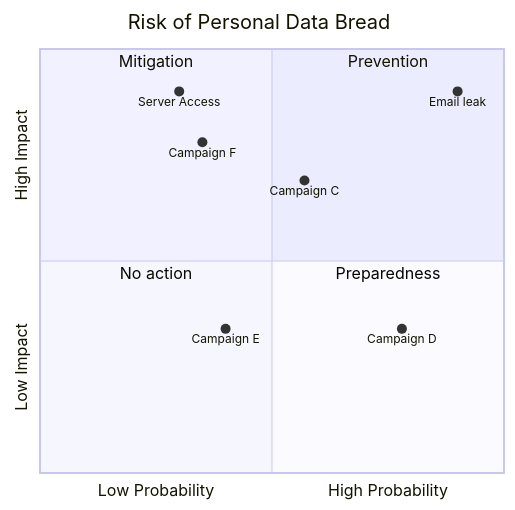
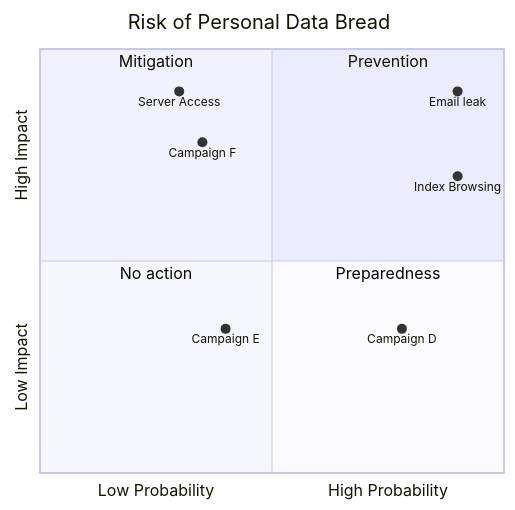
The fourth of 4 diagrams in README.md (Kietpawpan/pdpa), drawn with Mermaid before and after one commit.

````diff
--- a/README.md
+++ b/README.md
@@ -87,16 +87,16 @@
 ```mermaid
 quadrantChart
     title Risk of Personal Data Bread
     x-axis Low Probability --> High Probability
     y-axis Low Impact --> High Impact
     quadrant-1 Prevention
     quadrant-2 Mitigation
     quadrant-3 No action
     quadrant-4 Preparedness 
 	Server Access: [0.3, 0.9]
     	Email leak: [0.9, 0.9]
-    Campaign C: [0.57, 0.69]
+    Index Browsing: [0.9, 0.7]
     Campaign D: [0.78, 0.34]
     Campaign E: [0.40, 0.34]
     Campaign F: [0.35, 0.78]
 ```
````
